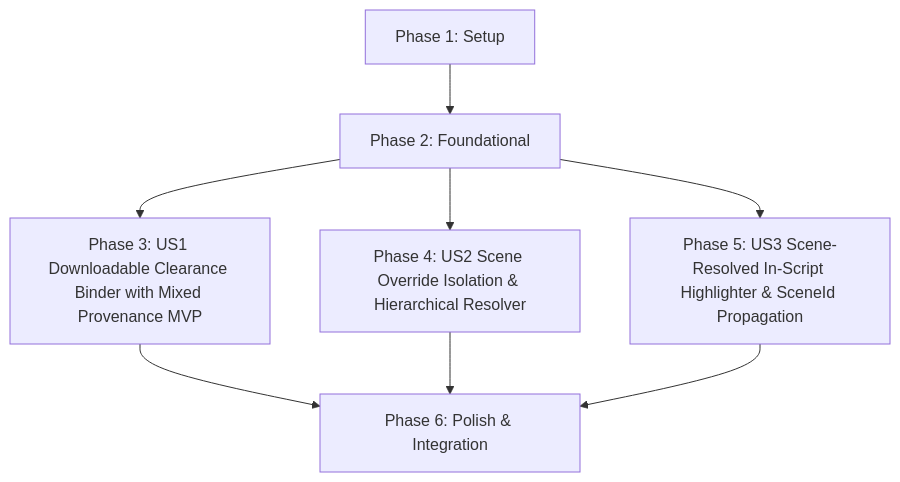
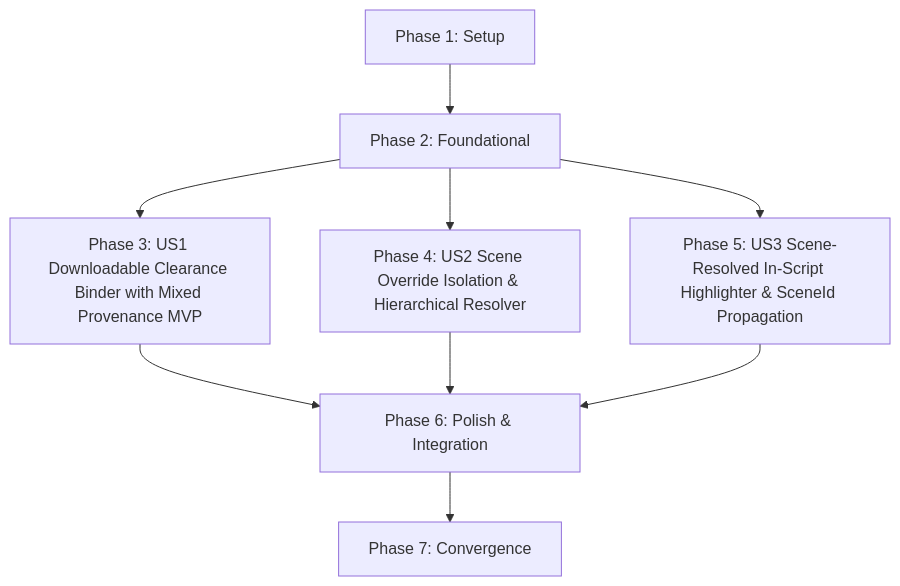
The diagram in specs/003-counsel-review-binder/tasks.md (fmcgoohan/clearancescout), drawn with Mermaid before and after one commit. The commit also changed other lines of this file and 3 other files, not shown here.

````diff
--- a/specs/003-counsel-review-binder/tasks.md
+++ b/specs/003-counsel-review-binder/tasks.md
@@ -101,10 +112,11 @@
 ```mermaid
 graph TD
     Phase1[Phase 1: Setup] --> Phase2[Phase 2: Foundational]
     Phase2 --> US1[Phase 3: US1 Downloadable Clearance Binder with Mixed Provenance MVP]
     Phase2 --> US2[Phase 4: US2 Scene Override Isolation & Hierarchical Resolver]
     Phase2 --> US3[Phase 5: US3 Scene-Resolved In-Script Highlighter & SceneId Propagation]
     US1 --> Polish[Phase 6: Polish & Integration]
     US2 --> Polish
     US3 --> Polish
+    Polish --> Convergence[Phase 7: Convergence]
 ```
````
